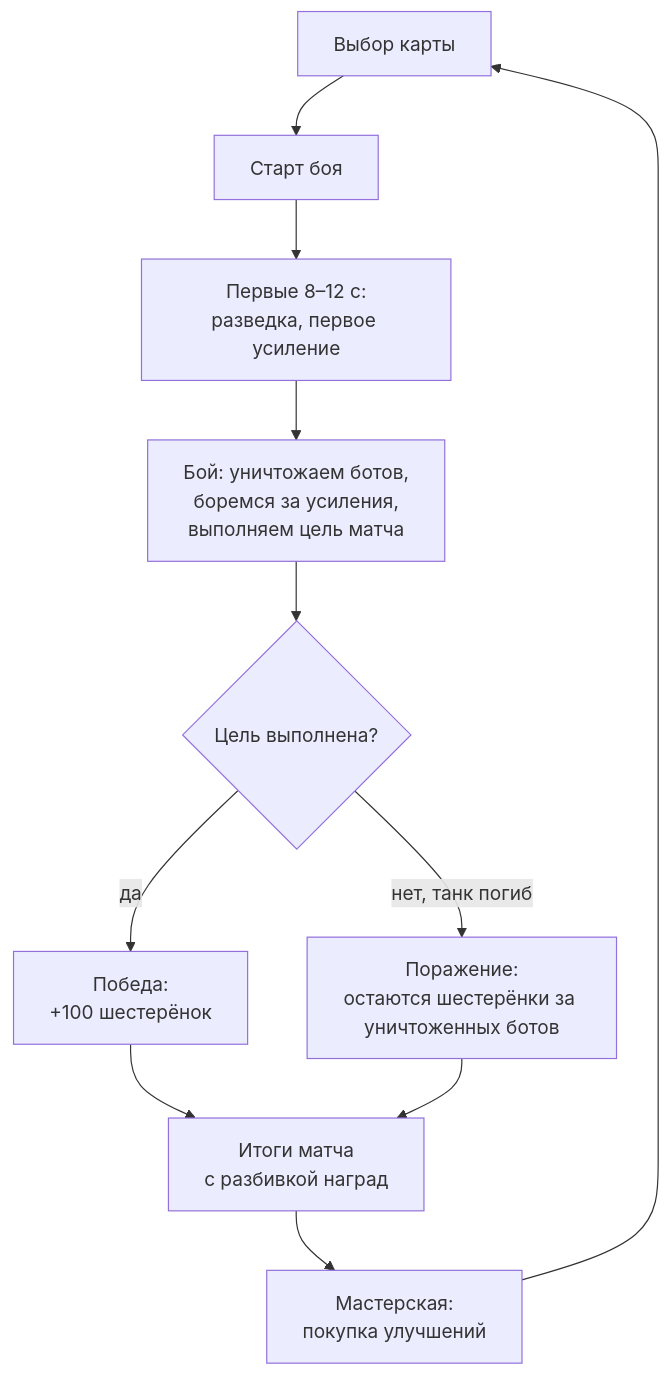
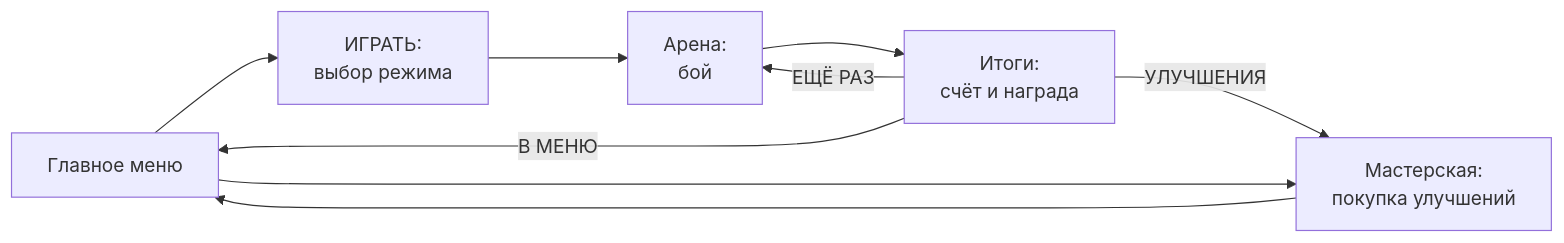
One commit to niikage7/burmalda-gamejam changed the diagram in Documentation/game/match.md. Above: the diagram before and after it, drawn with Mermaid. The commit also changed other lines of this file and 33 other files, not shown here.

````diff
--- a/Documentation/game/match.md
+++ b/Documentation/game/match.md
@@ -28,13 +6,11 @@
 ```mermaid
-flowchart TD
-    S["Выбор карты"] --> B["Старт боя"]
-    B --> P["Первые 8–12 с:<br/>разведка, первое усиление"]
-    P --> F["Бой: уничтожаем ботов,<br/>боремся за усиления,<br/>выполняем цель матча"]
-    F --> E{"Цель выполнена?"}
-    E -- да --> W["Победа:<br/>+100 шестерёнок"]
-    E -- "нет, танк погиб" --> L["Поражение:<br/>остаются шестерёнки за уничтоженных ботов"]
-    W --> R["Итоги матча<br/>с разбивкой наград"]
-    L --> R
-    R --> U["Мастерская:<br/>покупка улучшений"]
-    U --> S
+flowchart LR
+    M["Главное меню"] --> P["ИГРАТЬ:<br/>выбор режима"]
+    P --> A["Арена:<br/>бой"]
+    A --> R["Итоги:<br/>счёт и награда"]
+    R -- "ЕЩЁ РАЗ" --> A
+    R -- "УЛУЧШЕНИЯ" --> U["Мастерская:<br/>покупка улучшений"]
+    R -- "В МЕНЮ" --> M
+    U --> M
+    M --> U
 ```
````
